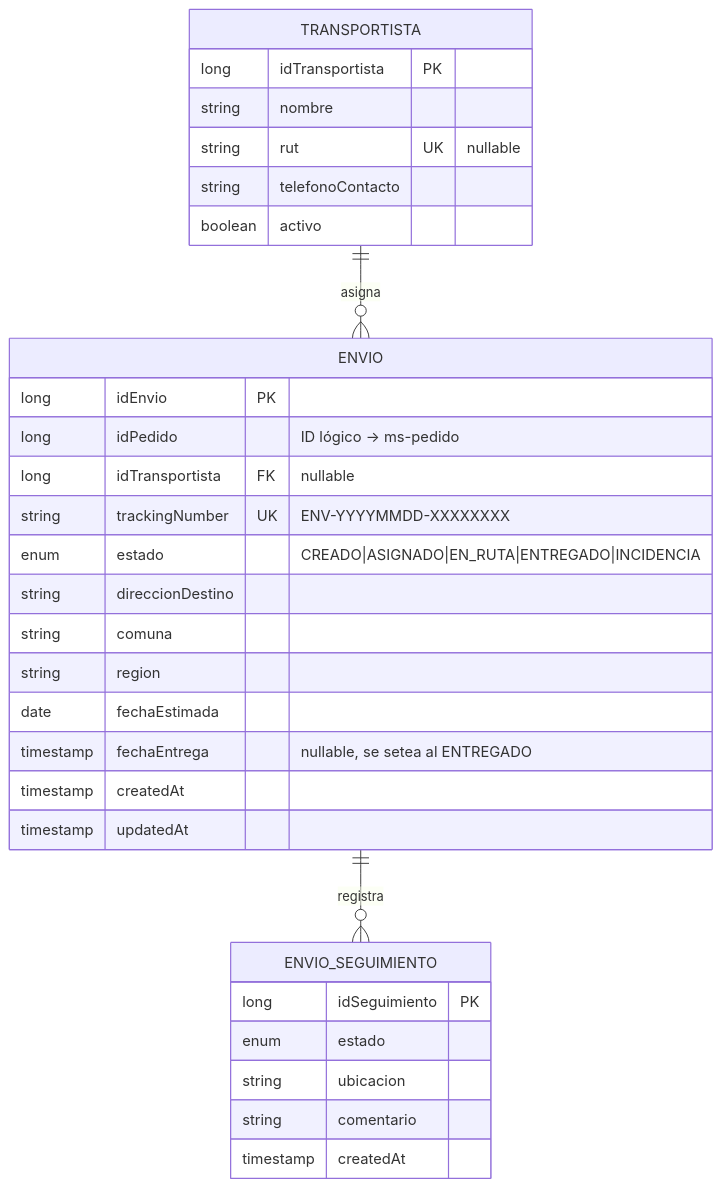
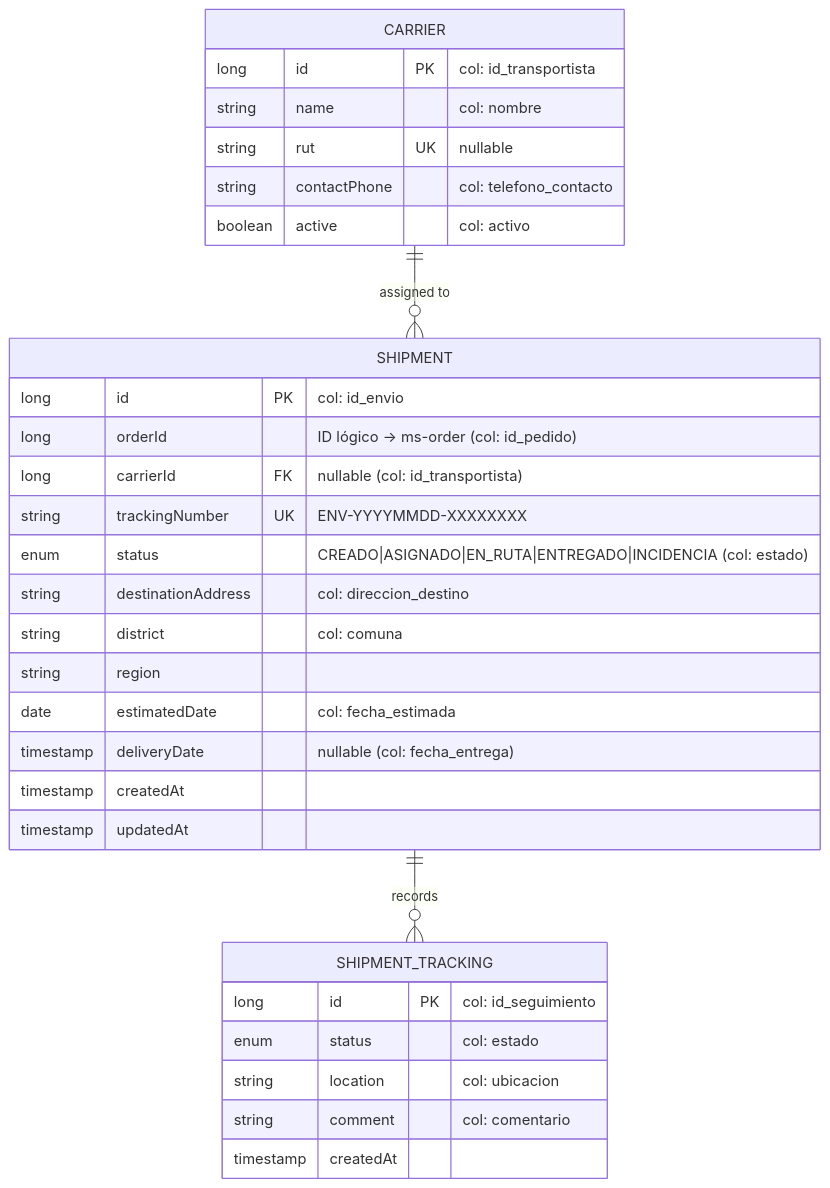
Before and after one commit to smartLogixfs/smartlogixs: the first of 3 diagrams in backend/ms-shipping/README.md, drawn with Mermaid. The commit also changed other lines of this file and 8 other files, not shown here.

````diff
--- a/backend/ms-shipping/README.md
+++ b/backend/ms-shipping/README.md
@@ -30,34 +48,34 @@
 ```mermaid
 erDiagram
-    TRANSPORTISTA ||--o{ ENVIO : "asigna"
-    ENVIO ||--o{ ENVIO_SEGUIMIENTO : "registra"
+    CARRIER ||--o{ SHIPMENT : "assigned to"
+    SHIPMENT ||--o{ SHIPMENT_TRACKING : "records"
 
-    TRANSPORTISTA {
-        long idTransportista PK
-        string nombre
+    CARRIER {
+        long id PK "col: id_transportista"
+        string name "col: nombre"
         string rut UK "nullable"
-        string telefonoContacto
-        boolean activo
+        string contactPhone "col: telefono_contacto"
+        boolean active "col: activo"
     }
-    ENVIO {
-        long idEnvio PK
-        long idPedido "ID lógico → ms-pedido"
-        long idTransportista FK "nullable"
+    SHIPMENT {
+        long id PK "col: id_envio"
+        long orderId "ID lógico → ms-order (col: id_pedido)"
+        long carrierId FK "nullable (col: id_transportista)"
         string trackingNumber UK "ENV-YYYYMMDD-XXXXXXXX"
-        enum estado "CREADO|ASIGNADO|EN_RUTA|ENTREGADO|INCIDENCIA"
-        string direccionDestino
-        string comuna
+        enum status "CREADO|ASIGNADO|EN_RUTA|ENTREGADO|INCIDENCIA (col: estado)"
+        string destinationAddress "col: direccion_destino"
+        string district "col: comuna"
         string region
-        date fechaEstimada
-        timestamp fechaEntrega "nullable, se setea al ENTREGADO"
+        date estimatedDate "col: fecha_estimada"
+        timestamp deliveryDate "nullable (col: fecha_entrega)"
         timestamp createdAt
         timestamp updatedAt
     }
-    ENVIO_SEGUIMIENTO {
-        long idSeguimiento PK
-        enum estado
-        string ubicacion
-        string comentario
+    SHIPMENT_TRACKING {
+        long id PK "col: id_seguimiento"
+        enum status "col: estado"
+        string location "col: ubicacion"
+        string comment "col: comentario"
         timestamp createdAt
     }
 ```
````
